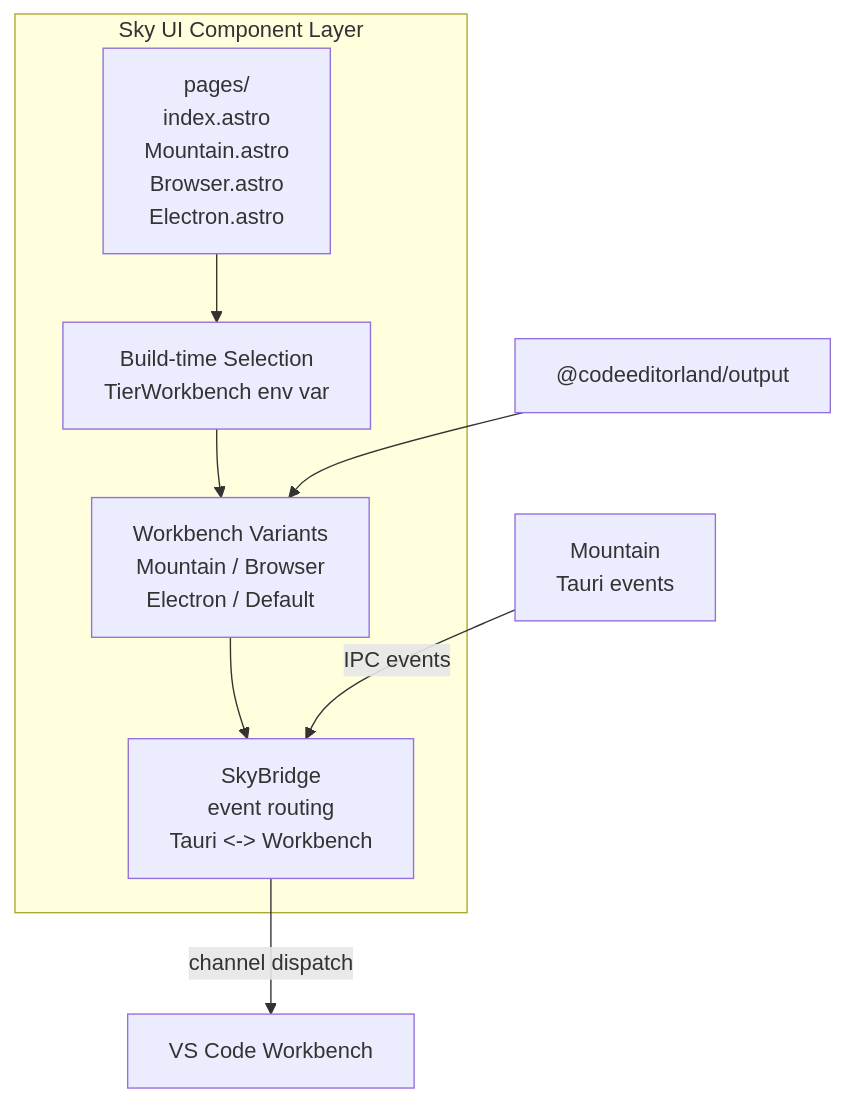
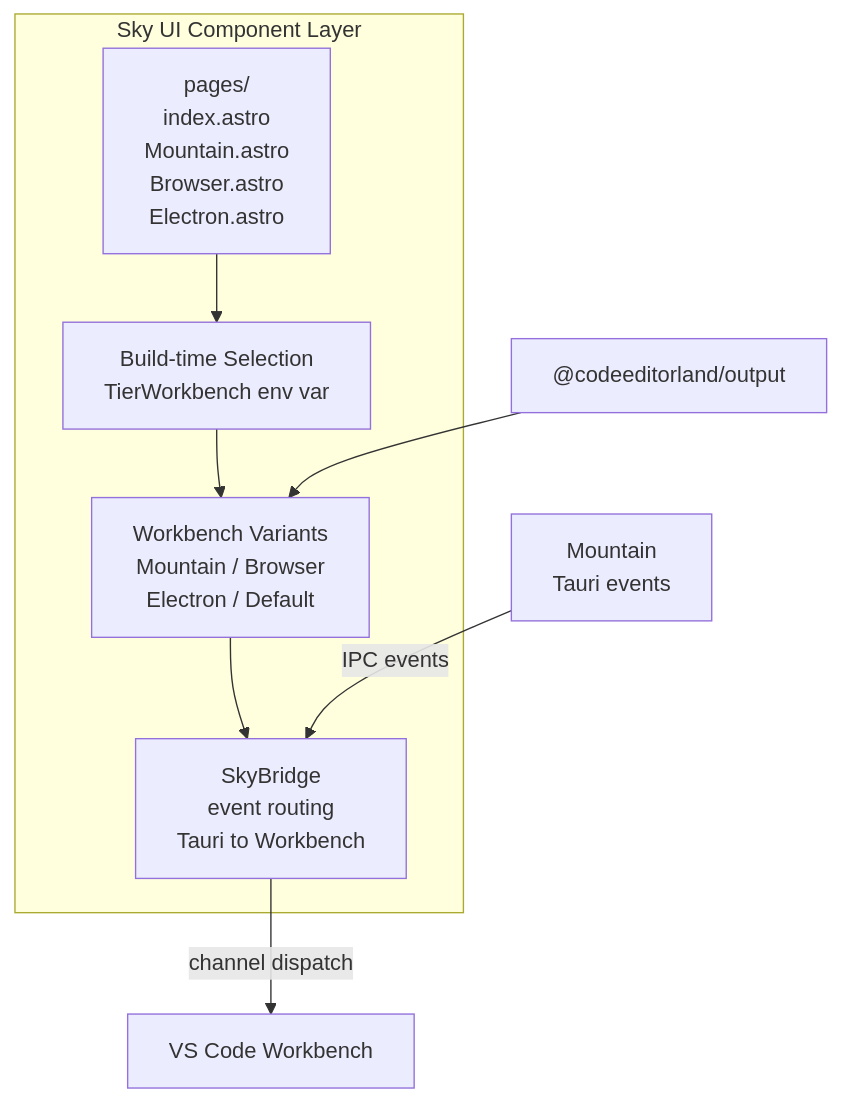
One commit to CodeEditorLand/Sky changed the first of 9 diagrams in Documentation/GitHub/Architecture.md. Above: the diagram before and after it, drawn with Mermaid. The commit also changed other lines of this file and 1 other file, not shown here.

````diff
--- a/Documentation/GitHub/Architecture.md
+++ b/Documentation/GitHub/Architecture.md
@@ -26,17 +26,15 @@
 ```mermaid
 graph TB
     subgraph Sky["Sky UI Component Layer"]
         PAGES["pages/<br/>index.astro<br/>Mountain.astro<br/>Browser.astro<br/>Electron.astro"]
         WB["Workbench Variants<br/>Mountain / Browser<br/>Electron / Default"]
-        BRIDGE["SkyBridge<br/>event routing<br/>Tauri <-> Workbench"]
+        BRIDGE["SkyBridge<br/>event routing<br/>Tauri to Workbench"]
         BUILD["Build-time Selection<br/>TierWorkbench env var"]
-
         PAGES --> BUILD
         BUILD --> WB
         WB --> BRIDGE
     end
-
     OUTPUT["@codeeditorland/output"] --> WB
     MOUNTAIN["Mountain<br/>Tauri events"] -->|"IPC events"| BRIDGE
     BRIDGE -->|"channel dispatch"| WORKBENCH["VS Code Workbench"]
 ```
````
